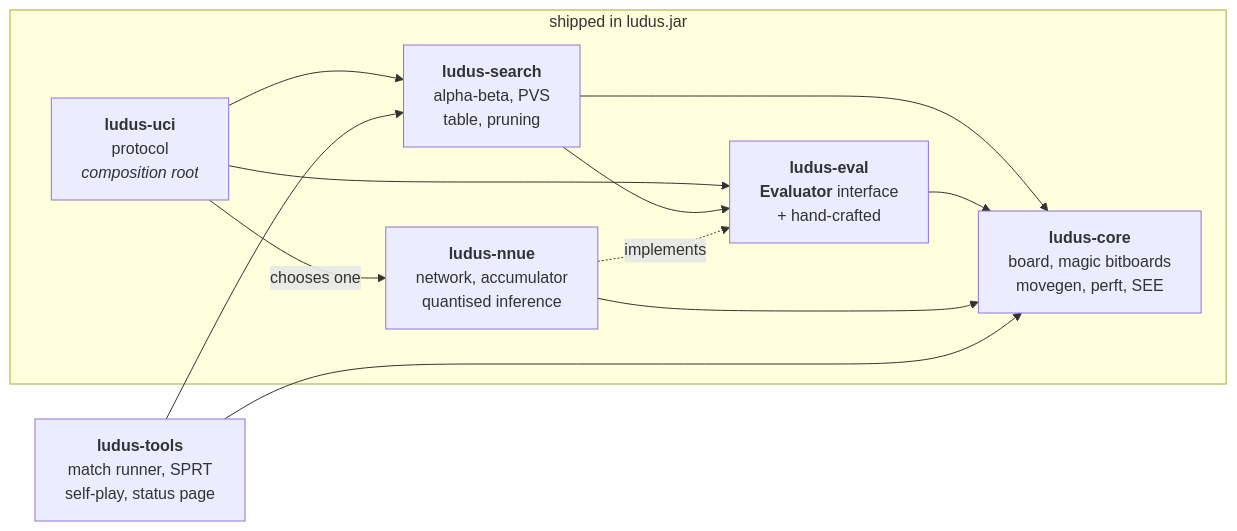
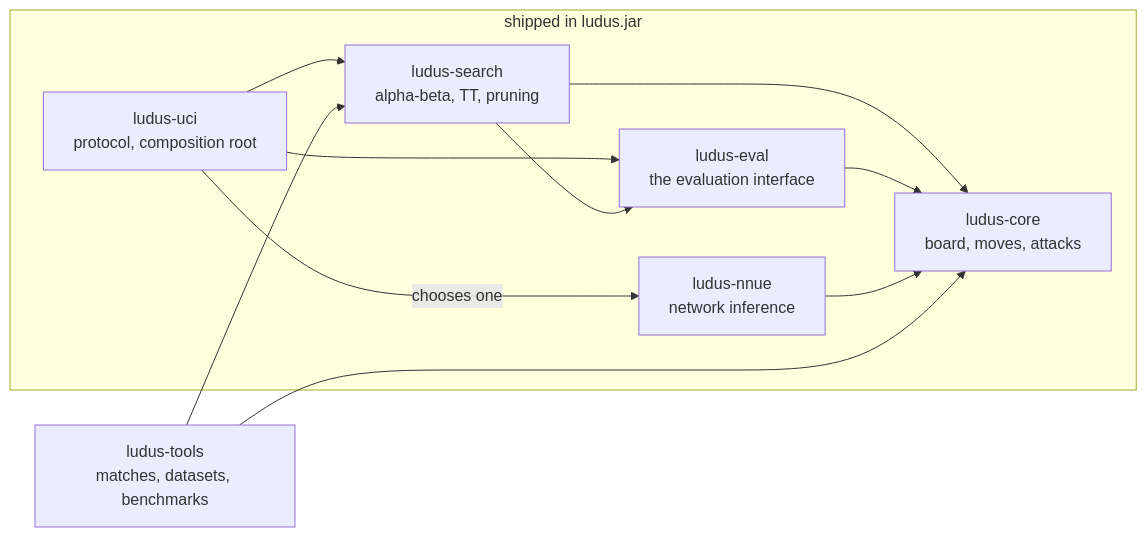
The diagram in README.md (LorenzoVicino/ludus), drawn with Mermaid before and after one commit. The commit also changed other lines of this file, not shown here.

````diff
--- a/README.md
+++ b/README.md
@@ -57,23 +127,21 @@
 ```mermaid
 graph LR
   subgraph shipped["shipped in ludus.jar"]
-    uci["<b>ludus-uci</b><br/>protocol<br/><i>composition root</i>"]
-    search["<b>ludus-search</b><br/>alpha-beta, PVS<br/>table, pruning"]
-    eval["<b>ludus-eval</b><br/><b>Evaluator</b> interface<br/>+ hand-crafted"]
-    nnue["<b>ludus-nnue</b><br/>network, accumulator<br/>quantised inference"]
-    core["<b>ludus-core</b><br/>board, magic bitboards<br/>movegen, perft, SEE"]
+    uci["ludus-uci<br/>protocol, composition root"]
+    search["ludus-search<br/>alpha-beta, TT, pruning"]
+    eval["ludus-eval<br/>the evaluation interface"]
+    nnue["ludus-nnue<br/>network inference"]
+    core["ludus-core<br/>board, moves, attacks"]
   end
-
-  tools["<b>ludus-tools</b><br/>match runner, SPRT<br/>self-play, status page"]
+  tools["ludus-tools<br/>matches, datasets, benchmarks"]
 
   uci --> search
   uci -- "chooses one" --> nnue
   uci --> eval
   search --> eval
-  nnue -. "implements" .-> eval
   search --> core
   eval --> core
   nnue --> core
   tools --> search
   tools --> core
 ```
````
